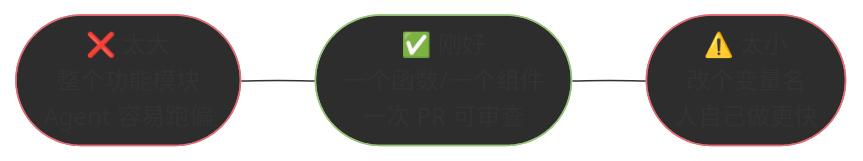
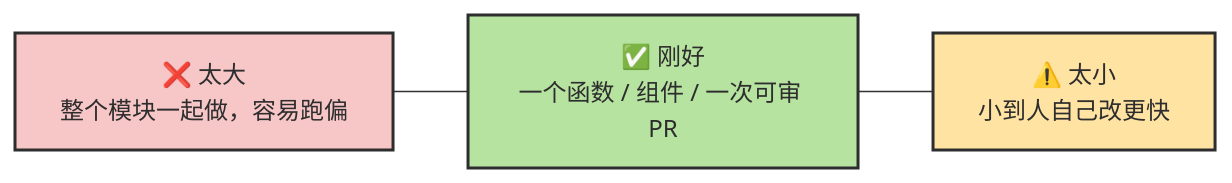
Before and after one commit to zht043/AgenticCodingTutorial: the fifth of 7 diagrams in docs/chapters/ch09-engineering.md, drawn with Mermaid. The commit also changed other lines of this file and 69 other files, not shown here.

Commit message:
optimize docs and add mermaid validation

````diff
--- a/docs/chapters/ch09-engineering.md
+++ b/docs/chapters/ch09-engineering.md
@@ -317,11 +312,12 @@
 ```mermaid
 flowchart LR
-    classDef bad fill:#2d2d2d,stroke:#e06c75
-    classDef good fill:#2d2d2d,stroke:#98c379
+    classDef bad fill:#f7c6c7,stroke:#2d2d2d,stroke-width:2px,color:#2d2d2d
+    classDef good fill:#b7e3a1,stroke:#2d2d2d,stroke-width:2px,color:#2d2d2d
+    classDef warn fill:#ffe3a3,stroke:#2d2d2d,stroke-width:2px,color:#2d2d2d
 
-    TOO_BIG(["❌ 太大<br/>整个功能模块<br/>Agent 容易跑偏"]):::bad
-    JUST_RIGHT(["✅ 刚好<br/>一个函数/一个组件<br/>一次 PR 可审查"]):::good
-    TOO_SMALL(["⚠️ 太小<br/>改个变量名<br/>人自己做更快"]):::bad
+    TOO_BIG["❌ 太大<br/>整个模块一起做，容易跑偏"]:::bad
+    JUST_RIGHT["✅ 刚好<br/>一个函数 / 组件 / 一次可审 PR"]:::good
+    TOO_SMALL["⚠️ 太小<br/>小到人自己改更快"]:::warn
 
     TOO_BIG --- JUST_RIGHT --- TOO_SMALL
 ```
````
